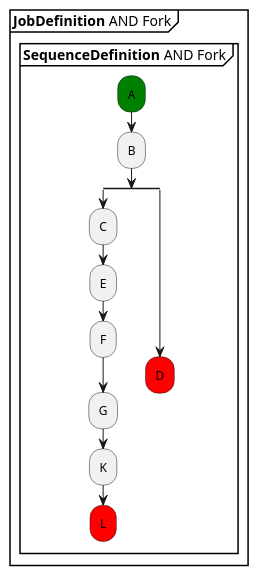
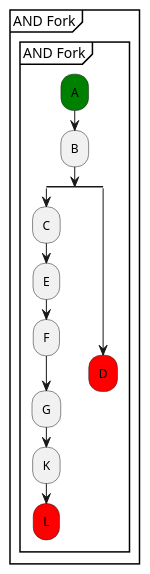
Before and after one commit to xtuml/munin: the diagram in models/SequenceVerificationDataCentric/puml/Tutorial_3.puml, drawn with PlantUML. The commit also changed 21 other files, not shown here.

```diff
--- a/models/SequenceVerificationDataCentric/puml/Tutorial_3.puml
+++ b/models/SequenceVerificationDataCentric/puml/Tutorial_3.puml
@@ -7,21 +7,21 @@
 @startuml 
-partition "**JobDefinition** AND Fork" {
-group **SequenceDefinition** AND Fork
+partition "AND Fork" {
+group "AND Fork"
       #green:A;
       :B;
   split
       :C;
       :E;
       :F;
       :G;
       :K;
       #red:L;
       detach
   split again
       #red:D;
 
       detach
   end split    
 end group
 }      
 @enduml
```
